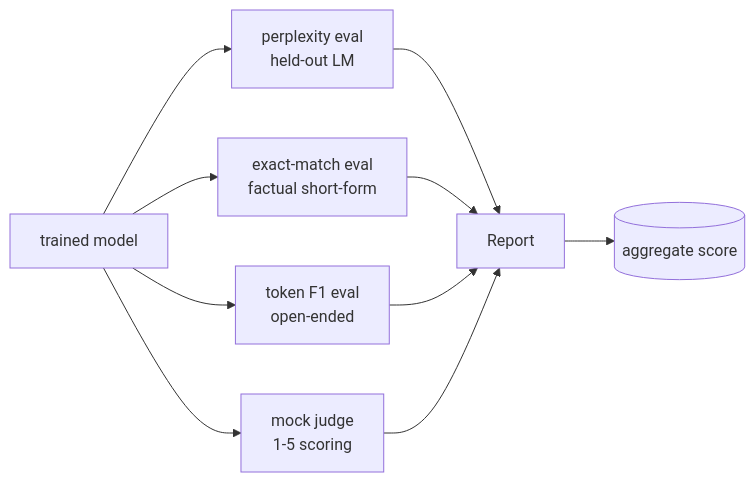
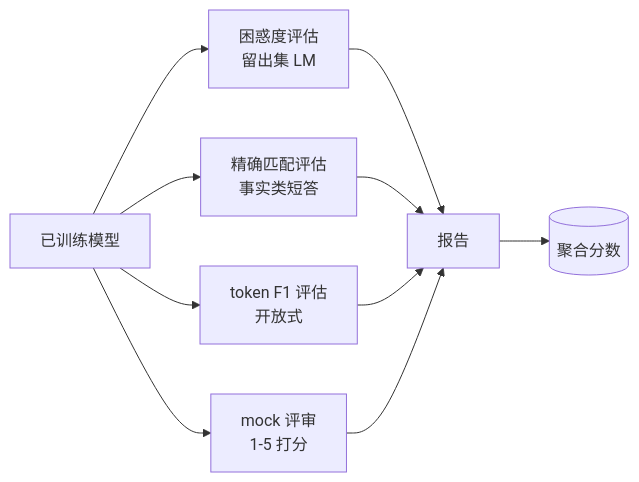
Before and after one commit to alessandrodinisio-ai/ai-engineering-learning-framework: the first of 3 diagrams in phases/19-capstone-projects/41-eval-pipeline/docs/zh.md, drawn with Mermaid. The commit also changed other lines of this file and 120 other files, not shown here.

First line of the commit message:
i18n(mermaid): 337 个 mermaid 图表标签中文化

````diff
--- a/phases/19-capstone-projects/41-eval-pipeline/docs/zh.md
+++ b/phases/19-capstone-projects/41-eval-pipeline/docs/zh.md
@@ -28,12 +28,12 @@
 ```mermaid
 flowchart LR
-  Model[trained model] --> PPL[perplexity eval<br/>held-out LM]
-  Model --> EM[exact-match eval<br/>factual short-form]
-  Model --> F1[token F1 eval<br/>open-ended]
-  Model --> J[mock judge<br/>1-5 scoring]
-  PPL --> R[Report]
+  Model[已训练模型] --> PPL[困惑度评估<br/>留出集 LM]
+  Model --> EM[精确匹配评估<br/>事实类短答]
+  Model --> F1[token F1 评估<br/>开放式]
+  Model --> J[mock 评审<br/>1-5 打分]
+  PPL --> R[报告]
   EM --> R
   F1 --> R
   J --> R
-  R --> A[(aggregate score)]
+  R --> A[(聚合分数)]
 ```
````
